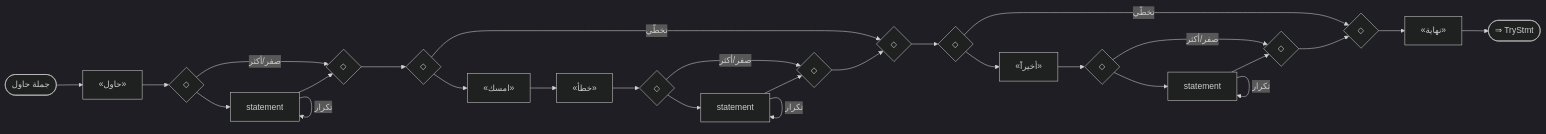
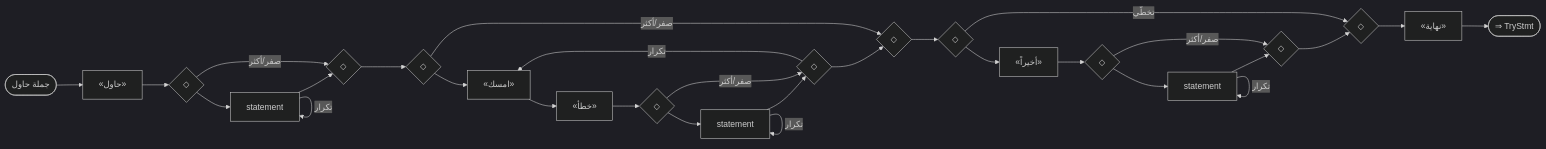
Before and after one commit to sadlang/sadlang: the tenth of 22 diagrams in docs/parser_rule/_generated/10_statements.md, drawn with Mermaid (dark theme). The commit also changed other lines of this file and 37 other files, not shown here.

````diff
--- a/docs/parser_rule/_generated/10_statements.md
+++ b/docs/parser_rule/_generated/10_statements.md
@@ -390,50 +417,51 @@
 ```mermaid
 flowchart LR
   n1(["جملة حاول"])
   n2["«حاول»"]
   n3{"◇"}
   n4{"◇"}
   n5["statement"]
   n3 --> n5
   n5 --> n4
   n5 -- "تكرار" --> n5
   n3 -- "صفر/أكثر" --> n4
   n2 --> n3
   n6{"◇"}
   n7{"◇"}
   n8["«امسك»"]
   n9["«خطأ»"]
   n8 --> n9
   n10{"◇"}
   n11{"◇"}
   n12["statement"]
   n10 --> n12
   n12 --> n11
   n12 -- "تكرار" --> n12
   n10 -- "صفر/أكثر" --> n11
   n9 --> n10
   n6 --> n8
   n11 --> n7
-  n6 -- "تخطّي" --> n7
+  n11 -- "تكرار" --> n8
+  n6 -- "صفر/أكثر" --> n7
   n4 --> n6
   n13{"◇"}
   n14{"◇"}
   n15["«أخيراً»"]
   n16{"◇"}
   n17{"◇"}
   n18["statement"]
   n16 --> n18
   n18 --> n17
   n18 -- "تكرار" --> n18
   n16 -- "صفر/أكثر" --> n17
   n15 --> n16
   n13 --> n15
   n17 --> n14
   n13 -- "تخطّي" --> n14
   n7 --> n13
   n19["«نهاية»"]
   n14 --> n19
   n1 --> n2
   n20(["⇒ TryStmt"])
   n19 --> n20
 ```
````
